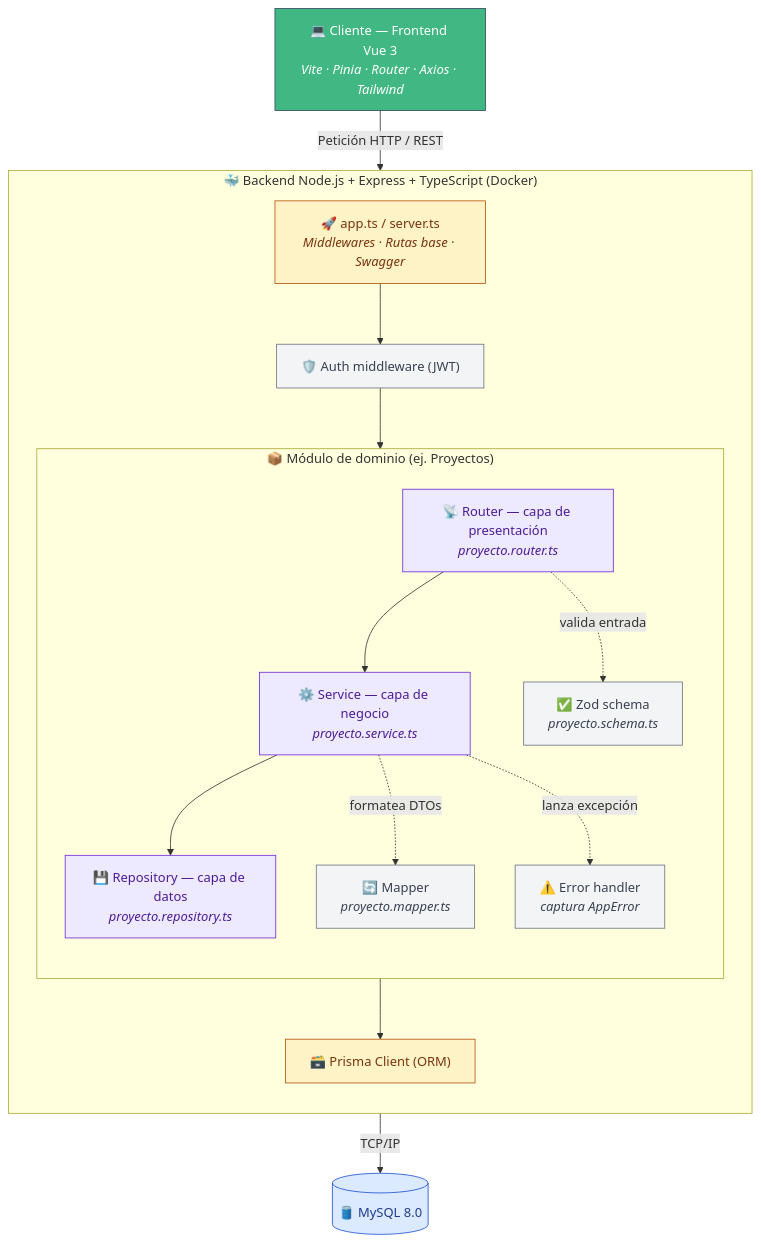
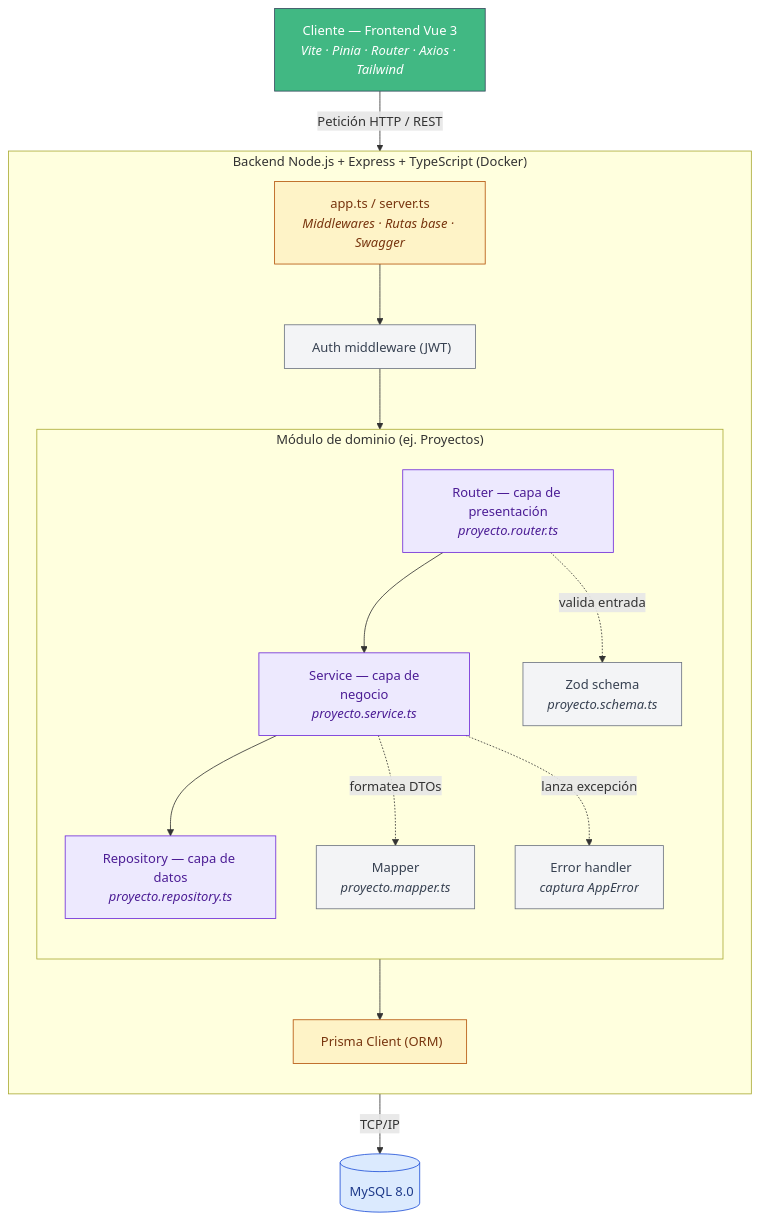
Before and after one commit to LeonardoSGP/e2_backend: the first of 3 diagrams in README.md, drawn with Mermaid. The commit also changed other lines of this file and 15 other files, not shown here.

````diff
--- a/README.md
+++ b/README.md
@@ -80,42 +80,42 @@
 ```mermaid
 flowchart TD
     classDef frontend fill:#41B883,stroke:#35495E,stroke-width:1px,color:#ffffff
     classDef entry    fill:#FEF3C7,stroke:#B45309,stroke-width:1px,color:#78350F
     classDef layer    fill:#EDE9FE,stroke:#6D28D9,stroke-width:1px,color:#4C1D95
     classDef helper   fill:#F3F4F6,stroke:#6B7280,stroke-width:1px,color:#374151
     classDef database fill:#DBEAFE,stroke:#1D4ED8,stroke-width:1px,color:#1E3A8A
 
-    Client["💻 Cliente — Frontend Vue 3<br/><i>Vite · Pinia · Router · Axios · Tailwind</i>"]:::frontend
+    Client[" Cliente — Frontend Vue 3<br/><i>Vite · Pinia · Router · Axios · Tailwind</i>"]:::frontend
 
-    subgraph Backend ["🐳 Backend Node.js + Express + TypeScript (Docker)"]
+    subgraph Backend [" Backend Node.js + Express + TypeScript (Docker)"]
         direction TB
-        API["🚀 app.ts / server.ts<br/><i>Middlewares · Rutas base · Swagger</i>"]:::entry
-        Auth["🛡️ Auth middleware (JWT)"]:::helper
+        API[" app.ts / server.ts<br/><i>Middlewares · Rutas base · Swagger</i>"]:::entry
+        Auth["️ Auth middleware (JWT)"]:::helper
 
-        subgraph Modulo ["📦 Módulo de dominio (ej. Proyectos)"]
+        subgraph Modulo [" Módulo de dominio (ej. Proyectos)"]
             direction TB
-            Router["📡 Router — capa de presentación<br/><i>proyecto.router.ts</i>"]:::layer
-            Zod["✅ Zod schema<br/><i>proyecto.schema.ts</i>"]:::helper
-            Service["⚙️ Service — capa de negocio<br/><i>proyecto.service.ts</i>"]:::layer
-            Mapper["🔄 Mapper<br/><i>proyecto.mapper.ts</i>"]:::helper
-            ErrorH["⚠️ Error handler<br/><i>captura AppError</i>"]:::helper
-            Repository["💾 Repository — capa de datos<br/><i>proyecto.repository.ts</i>"]:::layer
+            Router[" Router — capa de presentación<br/><i>proyecto.router.ts</i>"]:::layer
+            Zod[" Zod schema<br/><i>proyecto.schema.ts</i>"]:::helper
+            Service["️ Service — capa de negocio<br/><i>proyecto.service.ts</i>"]:::layer
+            Mapper[" Mapper<br/><i>proyecto.mapper.ts</i>"]:::helper
+            ErrorH["️ Error handler<br/><i>captura AppError</i>"]:::helper
+            Repository[" Repository — capa de datos<br/><i>proyecto.repository.ts</i>"]:::layer
         end
 
-        Prisma["🗃️ Prisma Client (ORM)"]:::entry
+        Prisma["️ Prisma Client (ORM)"]:::entry
     end
 
-    DB[("🛢️ MySQL 8.0")]:::database
+    DB[("️ MySQL 8.0")]:::database
 
     Client -- "Petición HTTP / REST" --> API
     API --> Auth
     Auth --> Router
     Router --> Service
     Service --> Repository
     Repository --> Prisma
     Prisma -- "TCP/IP" --> DB
 
     Router -. "valida entrada" .-> Zod
     Service -. "formatea DTOs" .-> Mapper
     Service -. "lanza excepción" .-> ErrorH
 ```
````
